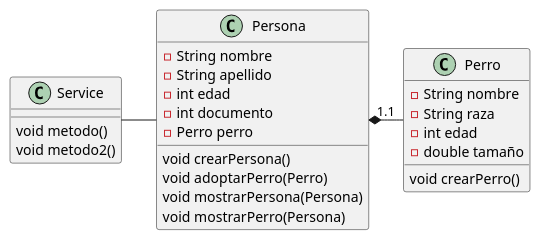
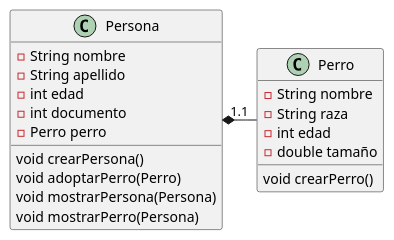
Before and after one commit to JuanfeRomero/EggJavaGuiaAsociaciones: the diagram in src/com/ejercicio_01/uml/AdopcionPerros.puml, drawn with PlantUML. The commit also changed 18 other files, not shown here.

```diff
--- a/src/com/ejercicio_01/uml/AdopcionPerros.puml
+++ b/src/com/ejercicio_01/uml/AdopcionPerros.puml
@@ -1,33 +1,27 @@
 @startuml
 'https://plantuml.com/class-diagram
 
 class Persona {
     - String nombre
     - String apellido
     - int edad
     - int documento
     - Perro perro
 
     void crearPersona()
     void adoptarPerro(Perro)
     void mostrarPersona(Persona)
     void mostrarPerro(Persona)
 }
 
-class Service{
-    void metodo()
-    void metodo2()
-}
-
 class Perro{
     - String nombre
     - String raza
     - int edad
     - double tamaño
 
     void crearPerro()
 }
 
-Service-Persona
 Persona "1.1"*- Perro
 @enduml
```
